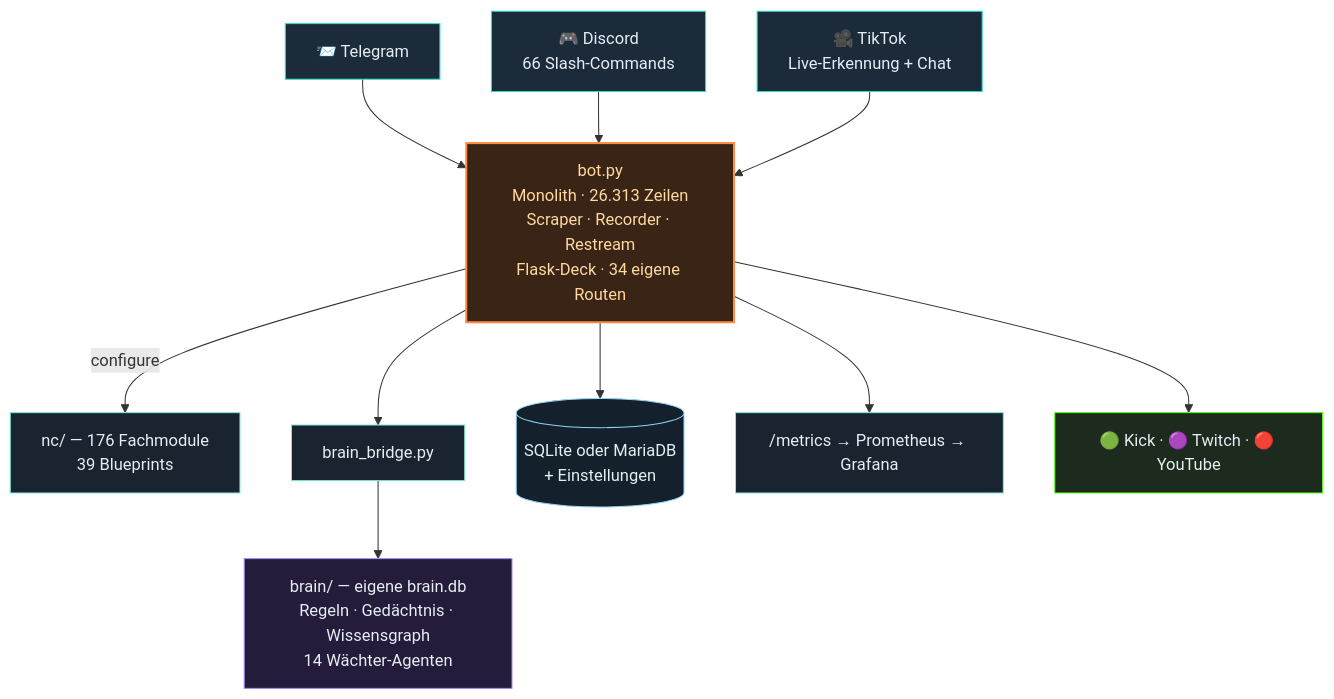
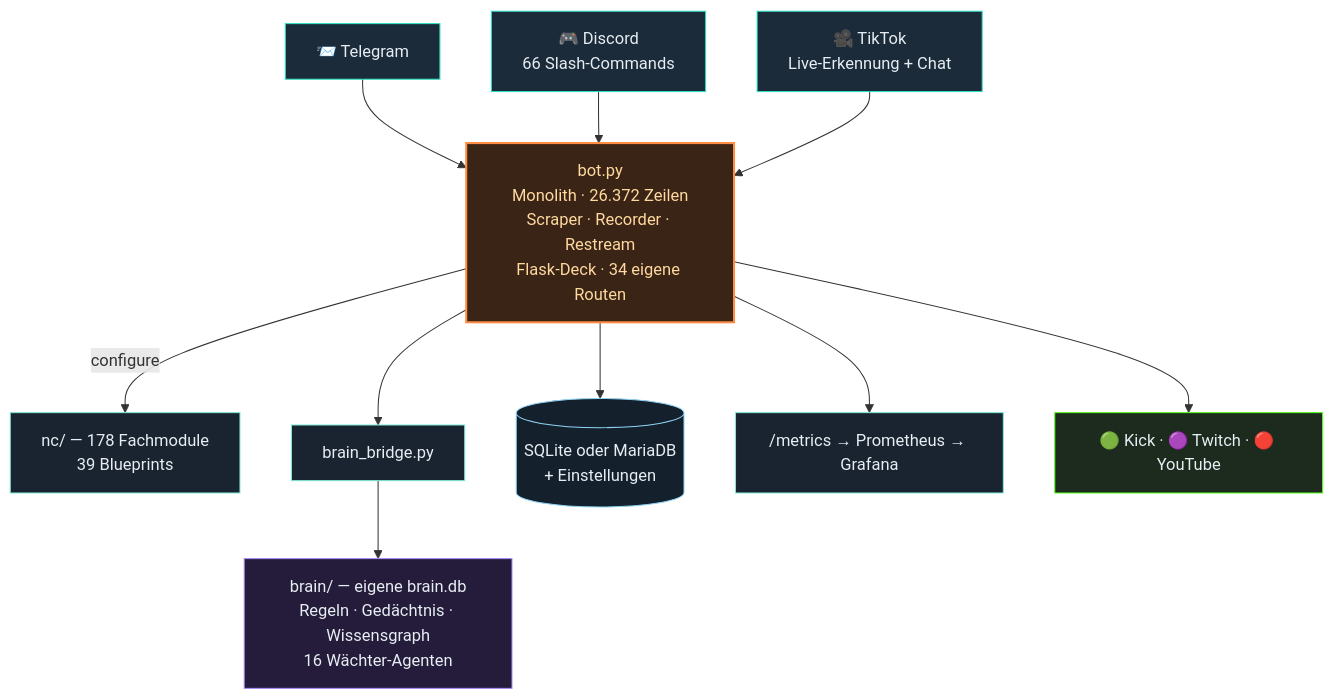
One commit to itsamemedev/Telegram-Stream-Info-Bot changed the second of 3 diagrams in README.md. Above: the diagram before and after it, drawn with Mermaid. The commit also changed other lines of this file and 35 other files, not shown here.

First line of the commit message:
v4.2-W148: update.sh ausführbar, Restream-Durchreicher, Wächter für Prometheus und Grafana (#194)

````diff
--- a/README.md
+++ b/README.md
@@ -118,19 +118,19 @@
 ```mermaid
 flowchart TB
     TG["📨 Telegram"]:::ein --> BOT
     DC["🎮 Discord<br/>66 Slash-Commands"]:::ein --> BOT
     TT["🎥 TikTok<br/>Live-Erkennung + Chat"]:::ein --> BOT
-    BOT["bot.py<br/>Monolith · 26.313 Zeilen<br/>Scraper · Recorder · Restream<br/>Flask-Deck · 34 eigene Routen"]:::core
-    BOT -->|configure| NC["nc/ — 176 Fachmodule<br/>39 Blueprints"]:::lib
+    BOT["bot.py<br/>Monolith · 26.372 Zeilen<br/>Scraper · Recorder · Restream<br/>Flask-Deck · 34 eigene Routen"]:::core
+    BOT -->|configure| NC["nc/ — 178 Fachmodule<br/>39 Blueprints"]:::lib
     BOT --> BR["brain_bridge.py"]:::lib
-    BR --> BRAIN["brain/ — eigene brain.db<br/>Regeln · Gedächtnis · Wissensgraph<br/>14 Wächter-Agenten"]:::brain
+    BR --> BRAIN["brain/ — eigene brain.db<br/>Regeln · Gedächtnis · Wissensgraph<br/>16 Wächter-Agenten"]:::brain
     BOT --> DB[("SQLite oder MariaDB<br/>+ Einstellungen")]:::db
     BOT --> PROM["/metrics → Prometheus → Grafana"]:::lib
     BOT --> OUT["🟢 Kick · 🟣 Twitch · 🔴 YouTube"]:::out
     classDef ein fill:#1c2b3a,stroke:#2de1c2,color:#e6edf3
     classDef core fill:#3a2415,stroke:#ff8c42,stroke-width:2px,color:#ffd9a0
     classDef lib fill:#1a2430,stroke:#7fe7d4,color:#e6edf3
     classDef brain fill:#241c3a,stroke:#a78bfa,color:#e6edf3
     classDef db fill:#14202c,stroke:#8fd3f4,color:#e6edf3
     classDef out fill:#1c2b1e,stroke:#53fc18,color:#e6edf3
 ```
````
